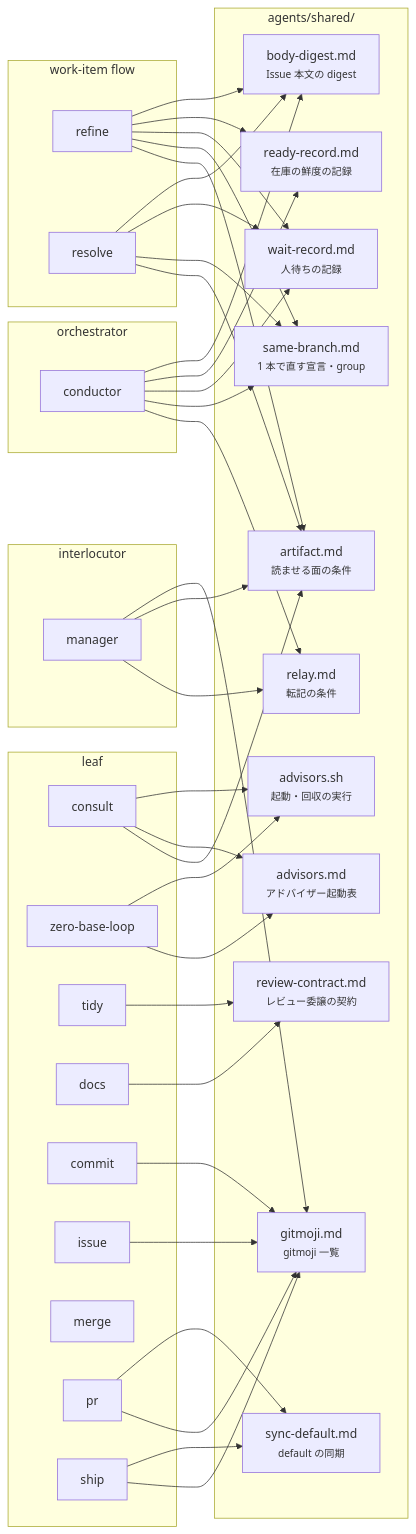
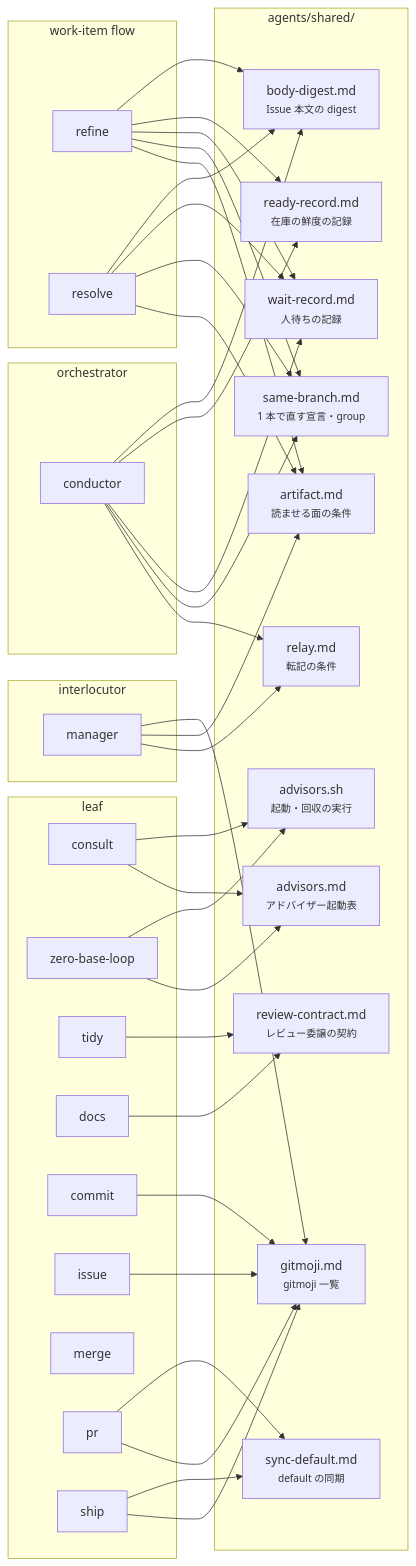
The third of 3 diagrams in agents/docs/structure.md (usagizmo/agentfiles), drawn with Mermaid before and after one commit. The commit also changed 3 other files, not shown here.

````diff
--- a/agents/docs/structure.md
+++ b/agents/docs/structure.md
@@ -87,68 +87,67 @@
 ```mermaid
 flowchart LR
     subgraph orch["orchestrator"]
         CO[conductor]
     end
     subgraph flow["work-item flow"]
         RF[refine]
         RS[resolve]
     end
     subgraph leaf["leaf"]
         CS[consult]
         ZB[zero-base-loop]
         TD[tidy]
         DC[docs]
         CM[commit]
         IS[issue]
         ME[merge]
         PR[pr]
         SH[ship]
     end
     subgraph inter[interlocutor]
         MG[manager]
     end
     subgraph shared["agents/shared/"]
         SB["same-branch.md<br/><small>1 本で直す宣言・group</small>"]
         WR["wait-record.md<br/><small>人待ちの記録</small>"]
         RR["ready-record.md<br/><small>在庫の鮮度の記録</small>"]
         BD["body-digest.md<br/><small>Issue 本文の digest</small>"]
         RC["review-contract.md<br/><small>レビュー委譲の契約</small>"]
         RL["relay.md<br/><small>転記の条件</small>"]
         AF["artifact.md<br/><small>読ませる面の条件</small>"]
         AD["advisors.md<br/><small>アドバイザー起動表</small>"]
         AS["advisors.sh<br/><small>起動・回収の実行</small>"]
         GM["gitmoji.md<br/><small>gitmoji 一覧</small>"]
         SD["sync-default.md<br/><small>default の同期</small>"]
     end
 
     MG --> RL
     MG --> AF
     RF --> AF
     RS --> AF
-    CS --> AF
     CO --> RL
     CO --> SB
     CO --> WR
     CO --> RR
     CO --> BD
     RF --> SB
     RF --> WR
     RF --> RR
     RF --> BD
     RS --> SB
     RS --> WR
     RS --> BD
     CS --> AD
     CS --> AS
     ZB --> AD
     ZB --> AS
     TD --> RC
     DC --> RC
     CM --> GM
     IS --> GM
     MG --> GM
     PR --> GM
     SH --> GM
     PR --> SD
     SH --> SD
 ```
````
